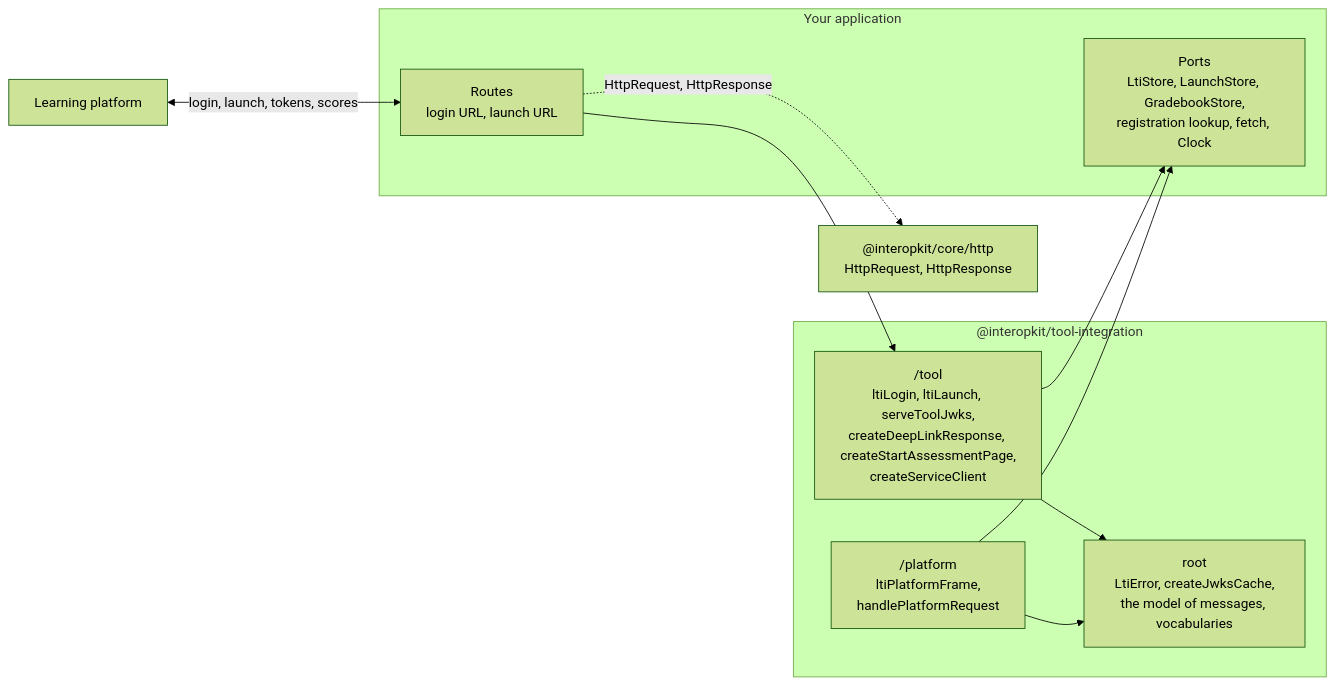
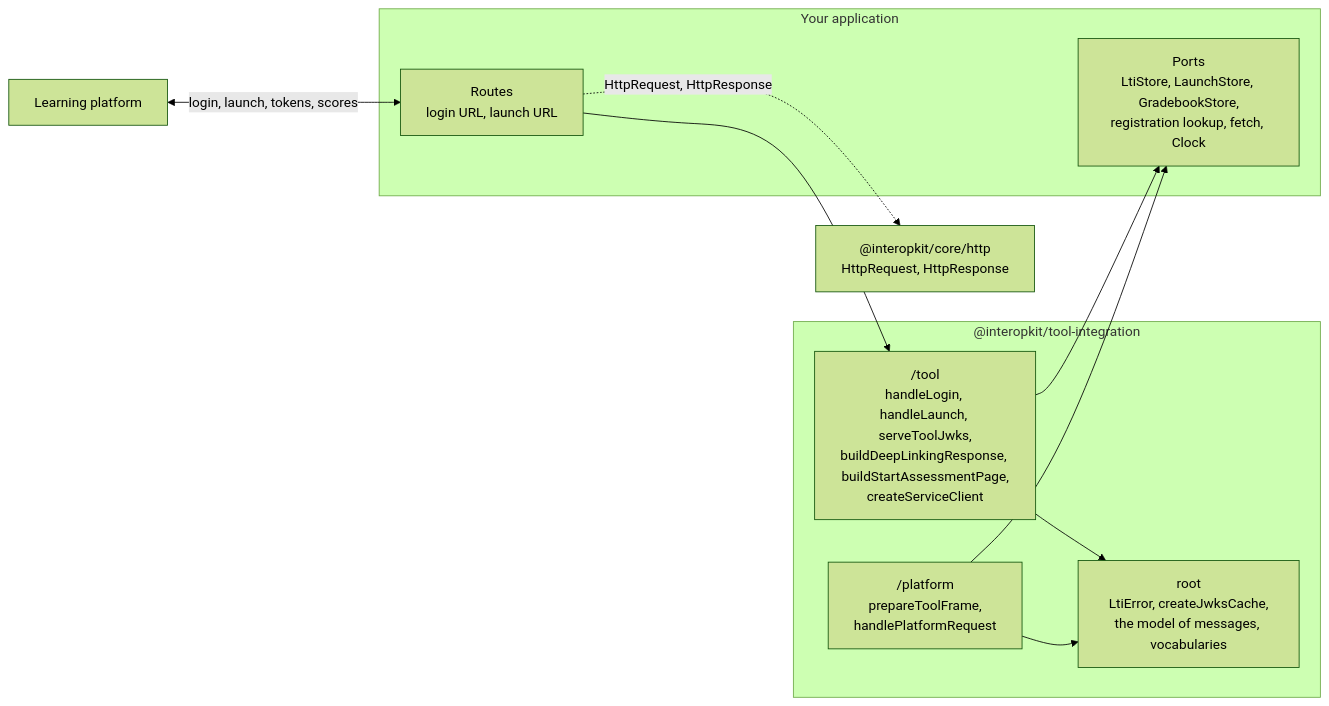
One commit to interopkit/interopkit changed the diagram in packages/tool-integration/README.md. Above: the diagram before and after it, drawn with Mermaid (forest theme). The commit also changed other lines of this file and 368 other files, not shown here.

````diff
--- a/packages/tool-integration/README.md
+++ b/packages/tool-integration/README.md
@@ -13,21 +13,21 @@
 ```mermaid
 flowchart LR
   platform["Learning platform"]
   subgraph host["Your application"]
     routes["Routes<br/>login URL, launch URL"]
     ports["Ports<br/>LtiStore, LaunchStore, GradebookStore,<br/>registration lookup, fetch, Clock"]
   end
   subgraph pkg["@interopkit/tool-integration"]
-    tool["/tool<br/>ltiLogin, ltiLaunch, serveToolJwks,<br/>createDeepLinkResponse, createStartAssessmentPage,<br/>createServiceClient"]
-    platformRole["/platform<br/>ltiPlatformFrame,<br/>handlePlatformRequest"]
+    tool["/tool<br/>handleLogin, handleLaunch, serveToolJwks,<br/>buildDeepLinkingResponse, buildStartAssessmentPage,<br/>createServiceClient"]
+    platformRole["/platform<br/>prepareToolFrame,<br/>handlePlatformRequest"]
     root["root<br/>LtiError, createJwksCache,<br/>the model of messages, vocabularies"]
   end
   http["@interopkit/core/http<br/>HttpRequest, HttpResponse"]
   platform <-->|"login, launch, tokens, scores"| routes
   routes --> tool
   routes -.->|"HttpRequest, HttpResponse"| http
   tool --> ports
   platformRole --> ports
   tool --> root
   platformRole --> root
 ```
````
